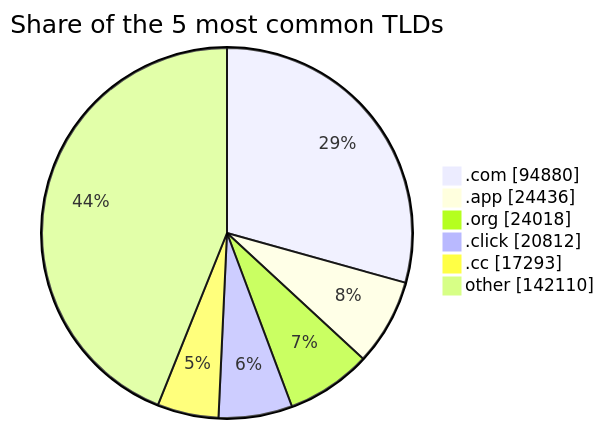
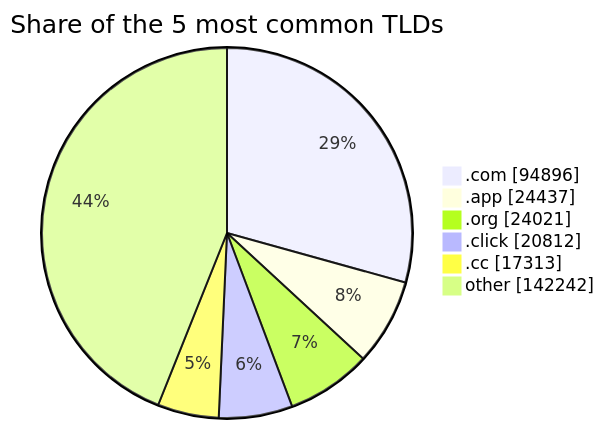
Before and after one commit to DNSBunker/CTI: the third of 3 diagrams in README.md, drawn with Mermaid. The commit also changed other lines of this file and 4 other files, not shown here.

````diff
--- a/README.md
+++ b/README.md
@@ -81,9 +81,9 @@
 ```mermaid
 pie showData title Share of the 5 most common TLDs
-    ".com" : 94880
-    ".app" : 24436
-    ".org" : 24018
+    ".com" : 94896
+    ".app" : 24437
+    ".org" : 24021
     ".click" : 20812
-    ".cc" : 17293
-    "other" : 142110
+    ".cc" : 17313
+    "other" : 142242
 ```
````
